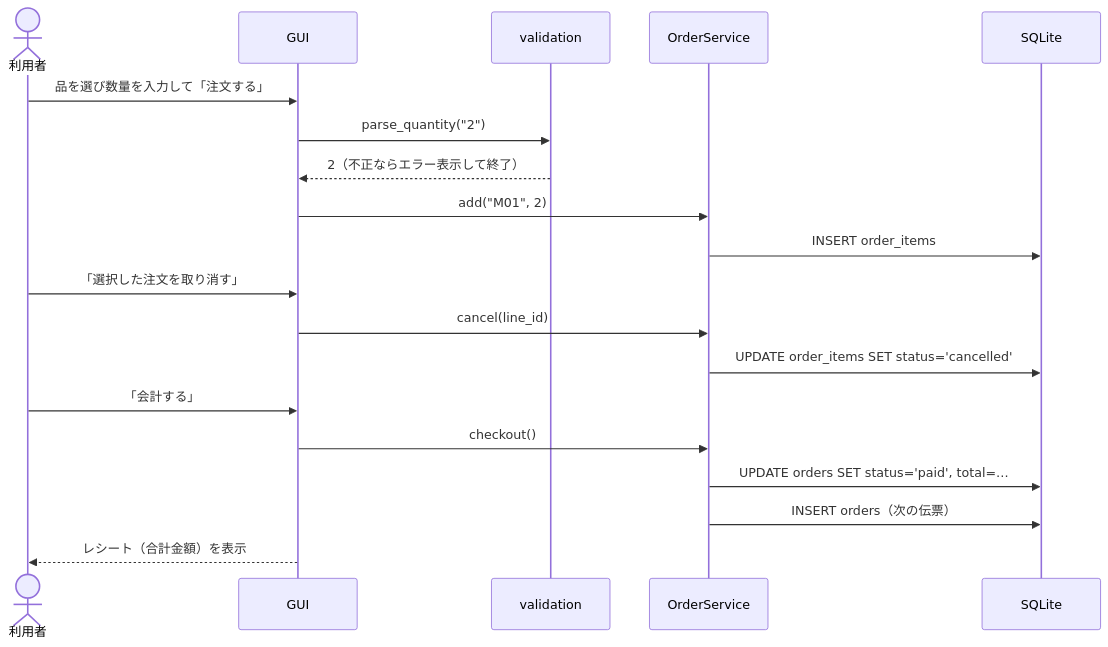
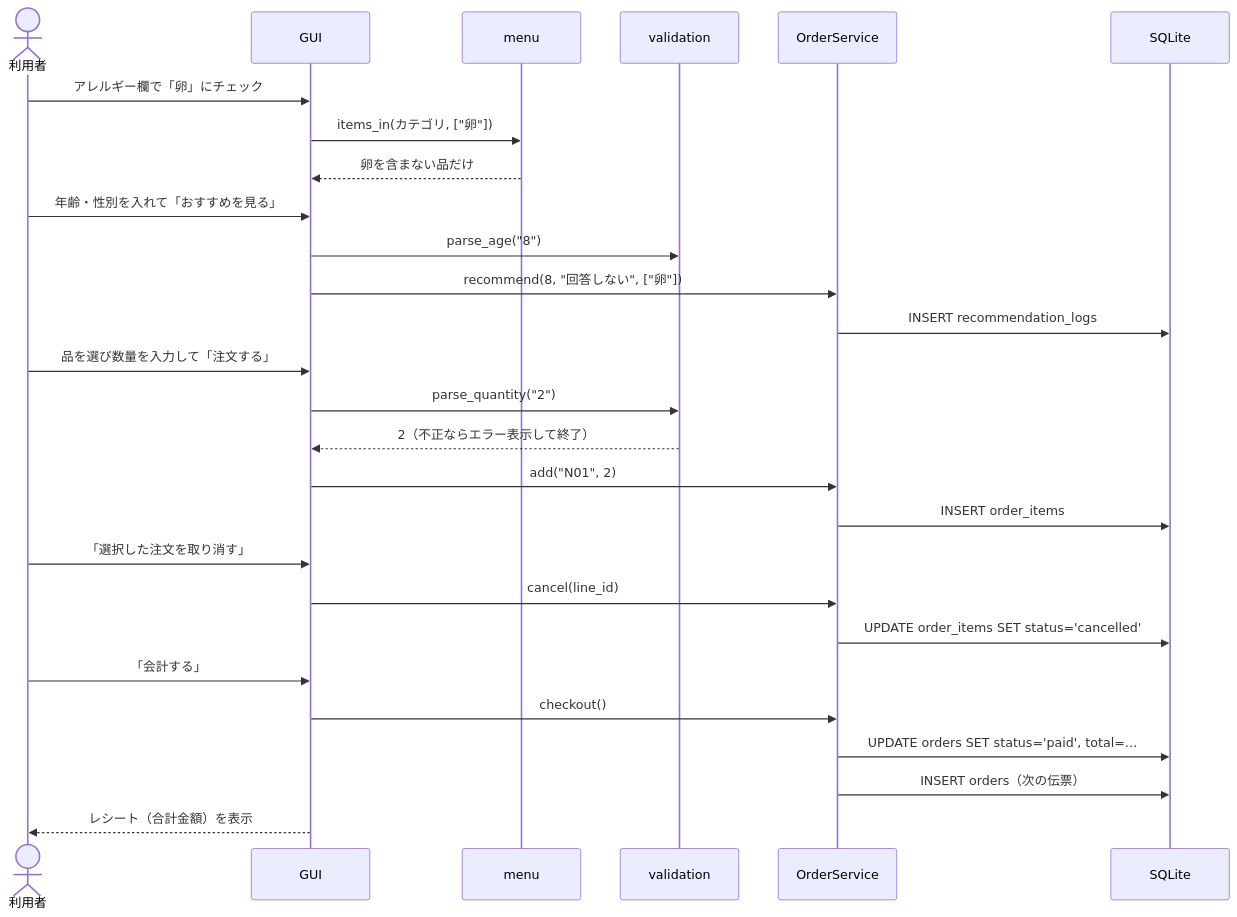
The second of 4 diagrams in README.md (daiichi001/innsyokuorder), drawn with Mermaid before and after one commit. The commit also changed other lines of this file and 9 other files, not shown here.

````diff
--- a/README.md
+++ b/README.md
@@ -92,21 +94,29 @@
 ```mermaid
 sequenceDiagram
     actor U as 利用者
     participant G as GUI
+    participant M as menu
     participant V as validation
     participant S as OrderService
     participant D as SQLite
+    U->>G: アレルギー欄で「卵」にチェック
+    G->>M: items_in(カテゴリ, ["卵"])
+    M-->>G: 卵を含まない品だけ
+    U->>G: 年齢・性別を入れて「おすすめを見る」
+    G->>V: parse_age("8")
+    G->>S: recommend(8, "回答しない", ["卵"])
+    S->>D: INSERT recommendation_logs
     U->>G: 品を選び数量を入力して「注文する」
     G->>V: parse_quantity("2")
     V-->>G: 2（不正ならエラー表示して終了）
-    G->>S: add("M01", 2)
+    G->>S: add("N01", 2)
     S->>D: INSERT order_items
     U->>G: 「選択した注文を取り消す」
     G->>S: cancel(line_id)
     S->>D: UPDATE order_items SET status='cancelled'
     U->>G: 「会計する」
     G->>S: checkout()
     S->>D: UPDATE orders SET status='paid', total=…
     S->>D: INSERT orders（次の伝票）
     G-->>U: レシート（合計金額）を表示
 ```
````
